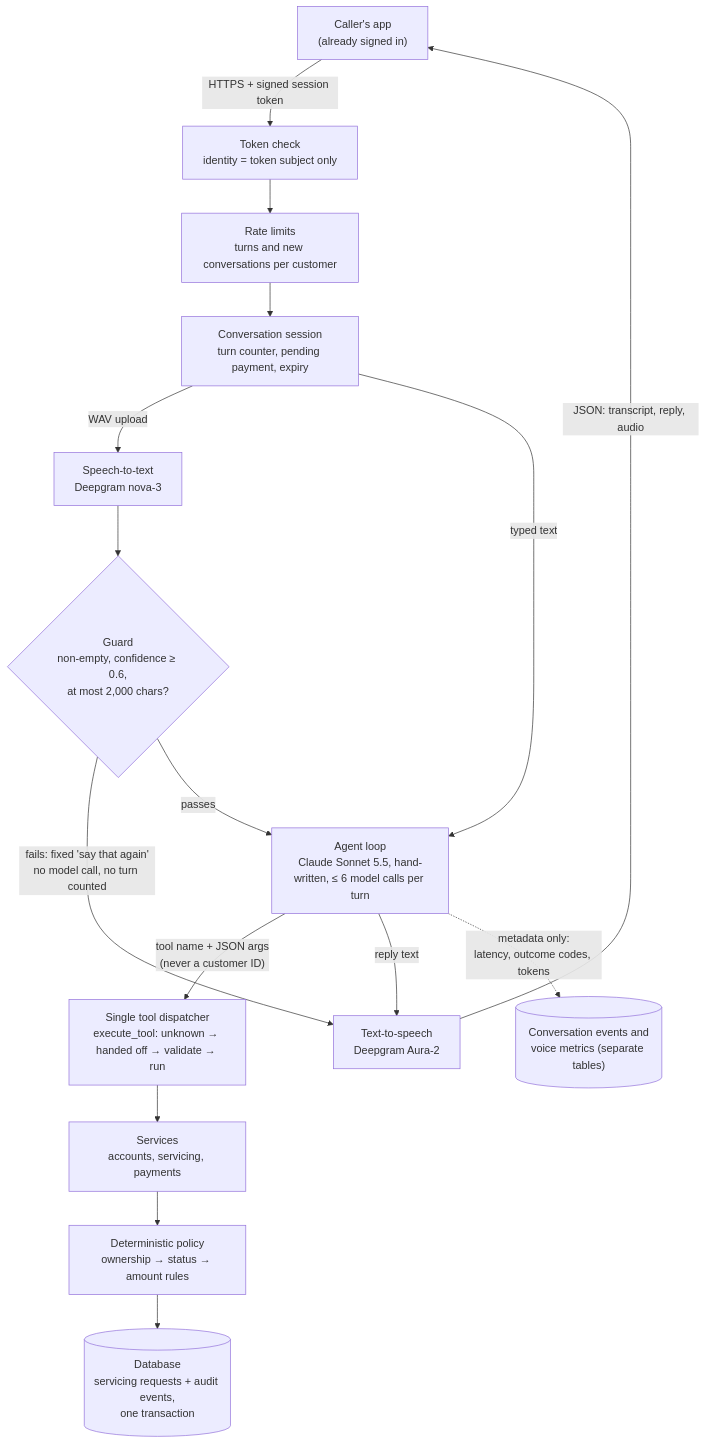
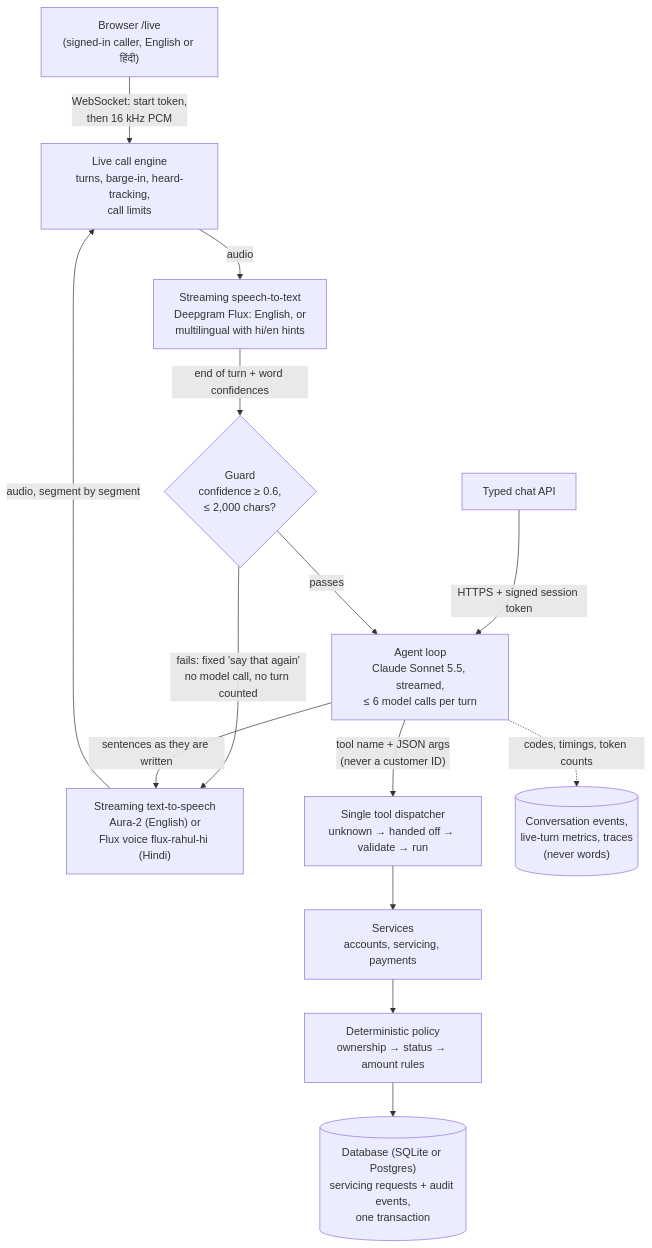
One commit to disgoy/CollectWise changed the diagram in docs/DESIGN.md. Above: the diagram before and after it, drawn with Mermaid. The commit also changed other lines of this file and 4 other files, not shown here.

````diff
--- a/docs/DESIGN.md
+++ b/docs/DESIGN.md
@@ -11,18 +27,16 @@
 ```mermaid
 flowchart TD
-    caller["Caller's app<br/>(already signed in)"] -->|"HTTPS + signed session token"| auth["Token check<br/>identity = token subject only"]
-    auth --> limits["Rate limits<br/>turns and new conversations per customer"]
-    limits --> session["Conversation session<br/>turn counter, pending payment, expiry"]
-    session -->|"WAV upload"| stt["Speech-to-text<br/>Deepgram nova-3"]
-    stt --> guard{"Guard<br/>non-empty, confidence ≥ 0.6,<br/>at most 2,000 chars?"}
+    browser["Browser /live<br/>(signed-in caller, English or हिंदी)"] -->|"WebSocket: start token,<br/>then 16 kHz PCM"| live["Live call engine<br/>turns, barge-in, heard-tracking,<br/>call limits"]
+    typed["Typed chat API"] -->|"HTTPS + signed session token"| loop
+    live -->|"audio"| stt["Streaming speech-to-text<br/>Deepgram Flux: English, or<br/>multilingual with hi/en hints"]
+    stt -->|"end of turn + word confidences"| guard{"Guard<br/>confidence ≥ 0.6,<br/>≤ 2,000 chars?"}
     guard -->|"fails: fixed 'say that again'<br/>no model call, no turn counted"| tts
-    guard -->|"passes"| loop["Agent loop<br/>Claude Sonnet 5.5, hand-written, ≤ 6 model calls per turn"]
-    session -->|"typed text"| loop
-    loop -->|"tool name + JSON args<br/>(never a customer ID)"| dispatch["Single tool dispatcher<br/>execute_tool: unknown → handed off → validate → run"]
+    guard -->|"passes"| loop["Agent loop<br/>Claude Sonnet 5.5, streamed,<br/>≤ 6 model calls per turn"]
+    loop -->|"sentences as they are written"| tts["Streaming text-to-speech<br/>Aura-2 (English) or<br/>Flux voice flux-rahul-hi (Hindi)"]
+    tts -->|"audio, segment by segment"| live
+    loop -->|"tool name + JSON args<br/>(never a customer ID)"| dispatch["Single tool dispatcher<br/>unknown → handed off → validate → run"]
     dispatch --> services["Services<br/>accounts, servicing, payments"]
     services --> policy["Deterministic policy<br/>ownership → status → amount rules"]
-    policy --> db[("Database<br/>servicing requests + audit events,<br/>one transaction")]
-    loop -->|"reply text"| tts["Text-to-speech<br/>Deepgram Aura-2"]
-    tts -->|"JSON: transcript, reply, audio"| caller
-    loop -.->|"metadata only:<br/>latency, outcome codes, tokens"| telemetry[("Conversation events and<br/>voice metrics (separate tables)")]
+    policy --> db[("Database (SQLite or Postgres)<br/>servicing requests + audit events,<br/>one transaction")]
+    loop -.->|"codes, timings, token counts"| telemetry[("Conversation events,<br/>live-turn metrics, traces<br/>(never words)")]
 ```
````
